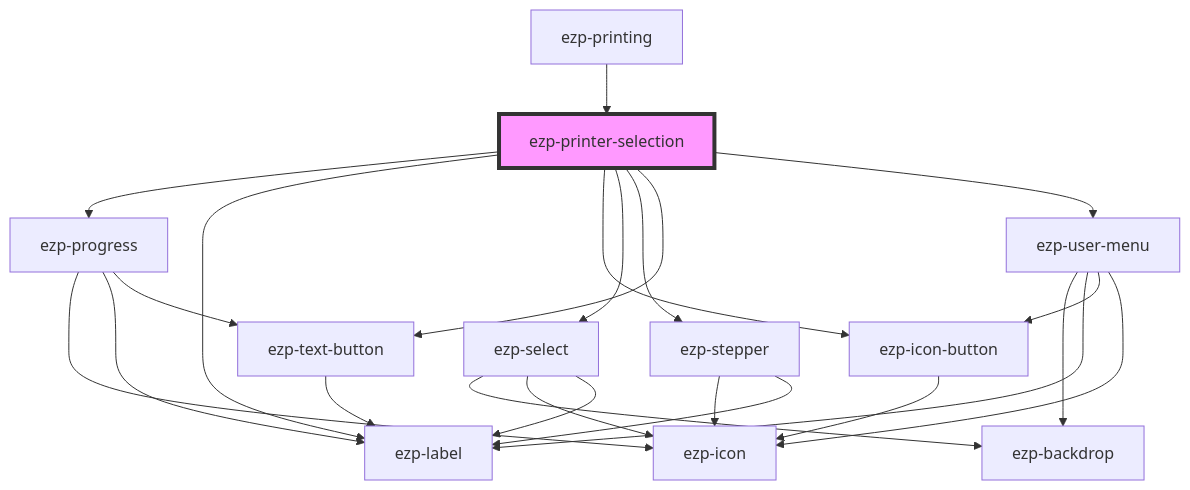
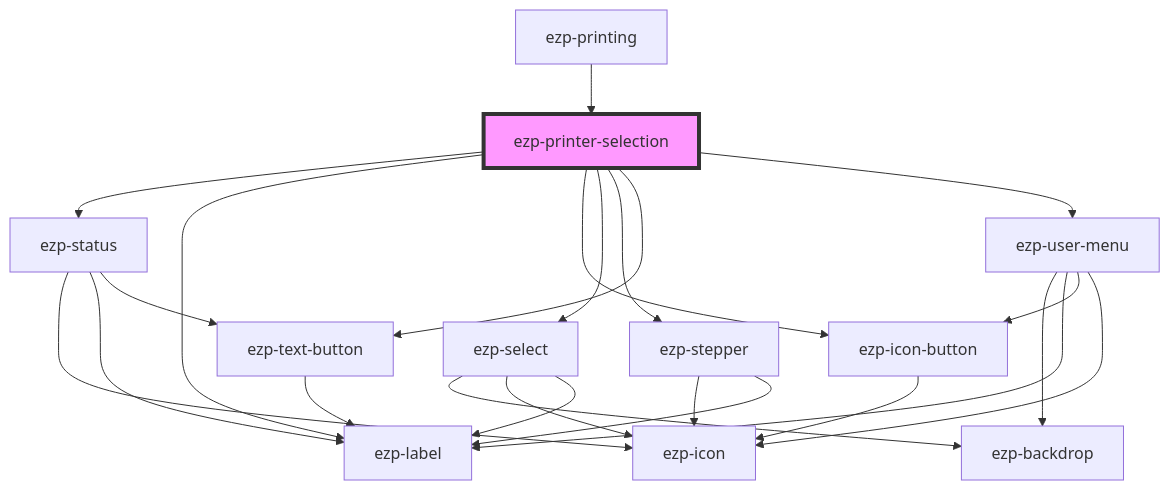
The diagram in src/components/ezp-printer-selection/readme.md (ezeep/ezeep-js), drawn with Mermaid before and after one commit. The commit also changed other lines of this file and 12 other files, not shown here.

Commit message:
Rename progress component -> status

````diff
--- a/src/components/ezp-printer-selection/readme.md
+++ b/src/components/ezp-printer-selection/readme.md
@@ -42,26 +42,26 @@
 ```mermaid
 graph TD;
-  ezp-printer-selection --> ezp-progress
+  ezp-printer-selection --> ezp-status
   ezp-printer-selection --> ezp-label
   ezp-printer-selection --> ezp-icon-button
   ezp-printer-selection --> ezp-select
   ezp-printer-selection --> ezp-stepper
   ezp-printer-selection --> ezp-text-button
   ezp-printer-selection --> ezp-user-menu
-  ezp-progress --> ezp-icon
-  ezp-progress --> ezp-label
-  ezp-progress --> ezp-text-button
+  ezp-status --> ezp-icon
+  ezp-status --> ezp-label
+  ezp-status --> ezp-text-button
   ezp-text-button --> ezp-label
   ezp-icon-button --> ezp-icon
   ezp-select --> ezp-backdrop
   ezp-select --> ezp-icon
   ezp-select --> ezp-label
   ezp-stepper --> ezp-icon
   ezp-stepper --> ezp-label
   ezp-user-menu --> ezp-backdrop
   ezp-user-menu --> ezp-label
   ezp-user-menu --> ezp-icon-button
   ezp-user-menu --> ezp-icon
   ezp-printing --> ezp-printer-selection
   style ezp-printer-selection fill:#f9f,stroke:#333,stroke-width:4px
 ```
````
